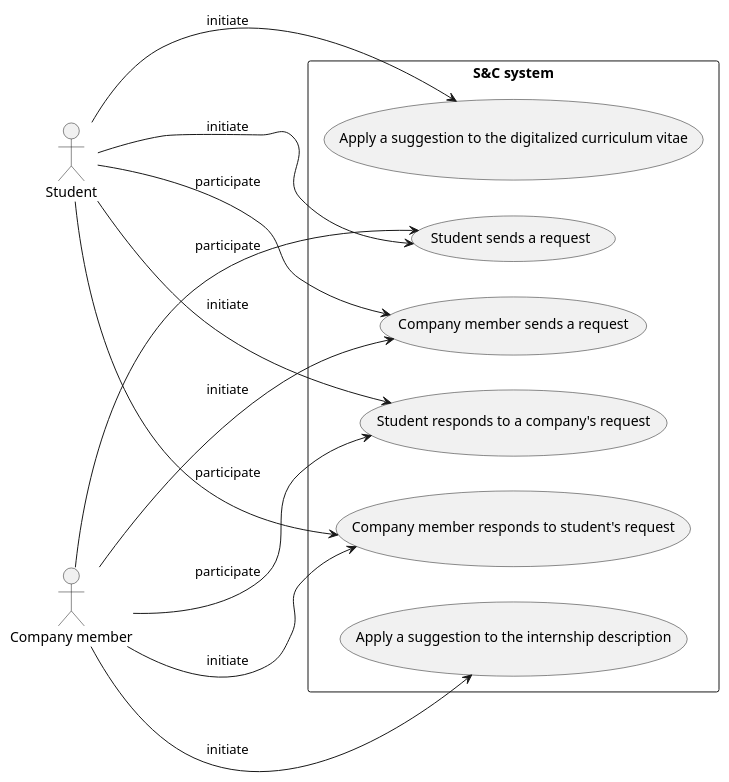
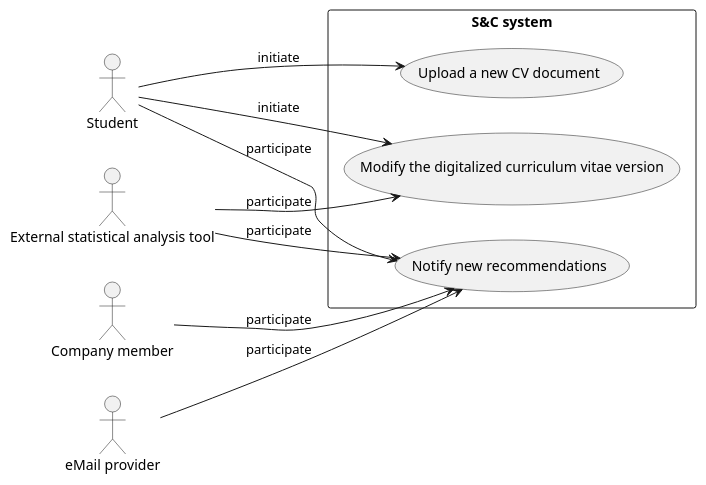
The diagram in RASD/Specific_requirements/uml_diagrams/use_cases_diagram3.puml (matti8702/R_and_DD_project_SE2), drawn with PlantUML before and after one commit. The commit also changed 6 other files, not shown here.

Commit message:
refactor: improve readability of use case diagrams

```diff
--- a/RASD/Specific_requirements/uml_diagrams/use_cases_diagram3.puml
+++ b/RASD/Specific_requirements/uml_diagrams/use_cases_diagram3.puml
@@ -1,31 +1,26 @@
 @startuml use_cases_diagram3
 left to right direction
 
-actor :Student: as ST
-actor :Company member: as CM
-
-rectangle "S&C system" {
-    usecase (Apply a suggestion to the digitalized curriculum vitae) as UC14
-    usecase (Apply a suggestion to the internship description) as UC15
-    usecase (Student sends a request) as UC16
-    usecase (Company member sends a request) as UC17
-    usecase (Student responds to a company's request) as UC18
-    usecase (Company member responds to student's request) as UC19
+together{
+    actor :Student: as ST
+    actor :Company member: as CM
+    actor :External statistical analysis tool: as STAT
+    actor :eMail provider: as EMAIL
 }
 
-ST -> UC14: initiate
+rectangle "S&C system"{
+    usecase (Modify the digitalized curriculum vitae version) as UC11
+    usecase (Upload a new CV document) as UC12
+    usecase (Notify new recommendations) as UC13
+}
 
-CM -> UC15: initiate
+ST -> UC11: initiate
+STAT -> UC11: participate
 
-ST ---> UC16 : initiate
-CM ---> UC16 : participate
+ST --> UC12: initiate
 
-CM ---> UC17 : initiate
-ST ---> UC17 : participate
-
-ST ---> UC18 : initiate
-CM ---> UC18 : participate
-
-CM ---> UC19 : initiate
-ST ---> UC19 : participate
+STAT -> UC13: participate
+ST --> UC13: participate
+CM --> UC13: participate
+EMAIL --> UC13: participate
 @enduml
```
